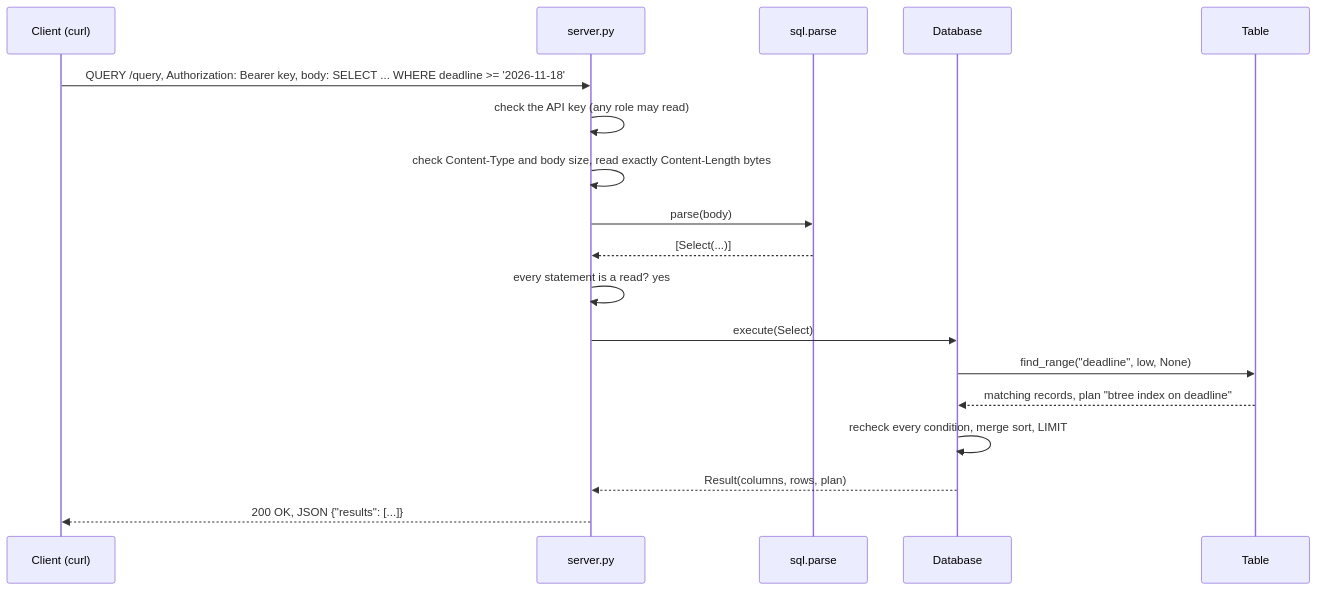
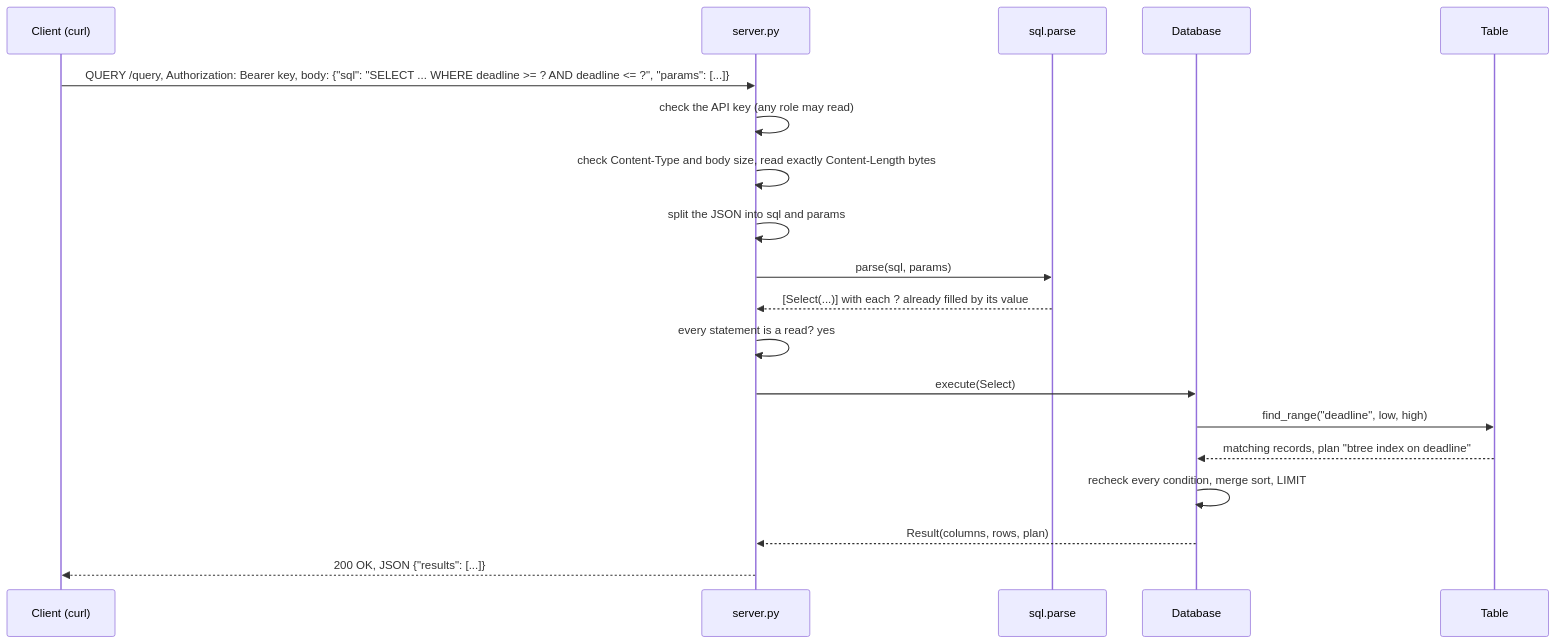
The third of 5 diagrams in docs/architecture.md (Navalene/tinydb), drawn with Mermaid before and after one commit. The commit also changed other lines of this file and 21 other files, not shown here.

````diff
--- a/docs/architecture.md
+++ b/docs/architecture.md
@@ -145,21 +149,22 @@
 ```mermaid
 sequenceDiagram
     participant C as Client (curl)
     participant H as server.py
     participant P as sql.parse
     participant D as Database
     participant T as Table
 
-    C->>H: QUERY /query, Authorization: Bearer key, body: SELECT ... WHERE deadline >= '2026-11-18'
+    C->>H: QUERY /query, Authorization: Bearer key, body: {"sql": "SELECT ... WHERE deadline >= ? AND deadline <= ?", "params": [...]}
     H->>H: check the API key (any role may read)
     H->>H: check Content-Type and body size, read exactly Content-Length bytes
-    H->>P: parse(body)
-    P-->>H: [Select(...)]
+    H->>H: split the JSON into sql and params
+    H->>P: parse(sql, params)
+    P-->>H: [Select(...)] with each ? already filled by its value
     H->>H: every statement is a read? yes
     H->>D: execute(Select)
-    D->>T: find_range("deadline", low, None)
+    D->>T: find_range("deadline", low, high)
     T-->>D: matching records, plan "btree index on deadline"
     D->>D: recheck every condition, merge sort, LIMIT
     D-->>H: Result(columns, rows, plan)
     H-->>C: 200 OK, JSON {"results": [...]}
 ```
````
